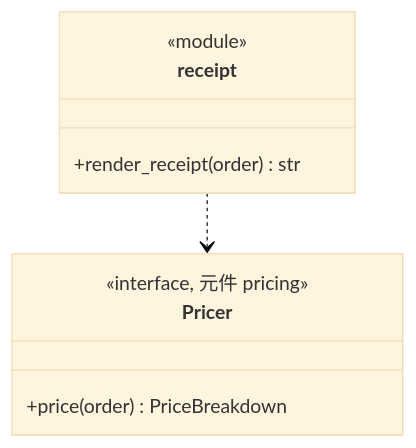
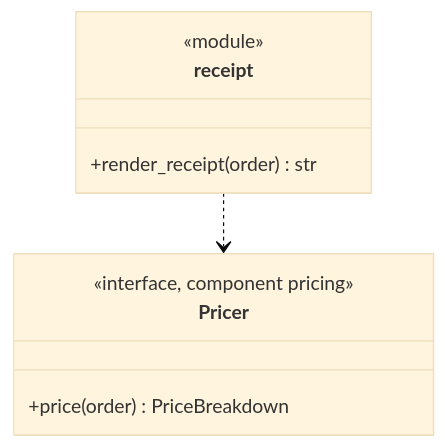
One commit to IcarusSO/diagram-driven-coding changed the first of 2 diagrams in demo/checkout/ARCHITECTURE.md. Above: the diagram before and after it, drawn with Mermaid (base theme). The commit also changed other lines of this file and 12 other files, not shown here.

Commit message:
Skill and demo docs in English; clarify stale-diagram rule, caller search, value classes and trigger

````diff
--- a/demo/checkout/ARCHITECTURE.md
+++ b/demo/checkout/ARCHITECTURE.md
@@ -18,12 +18,12 @@
 ```mermaid
 classDiagram
     class receipt {
         <<module>>
         +render_receipt(order) str
     }
     class Pricer {
-        <<interface, 元件 pricing>>
+        <<interface, component pricing>>
         +price(order) PriceBreakdown
     }
     receipt ..> Pricer
 ```
````
